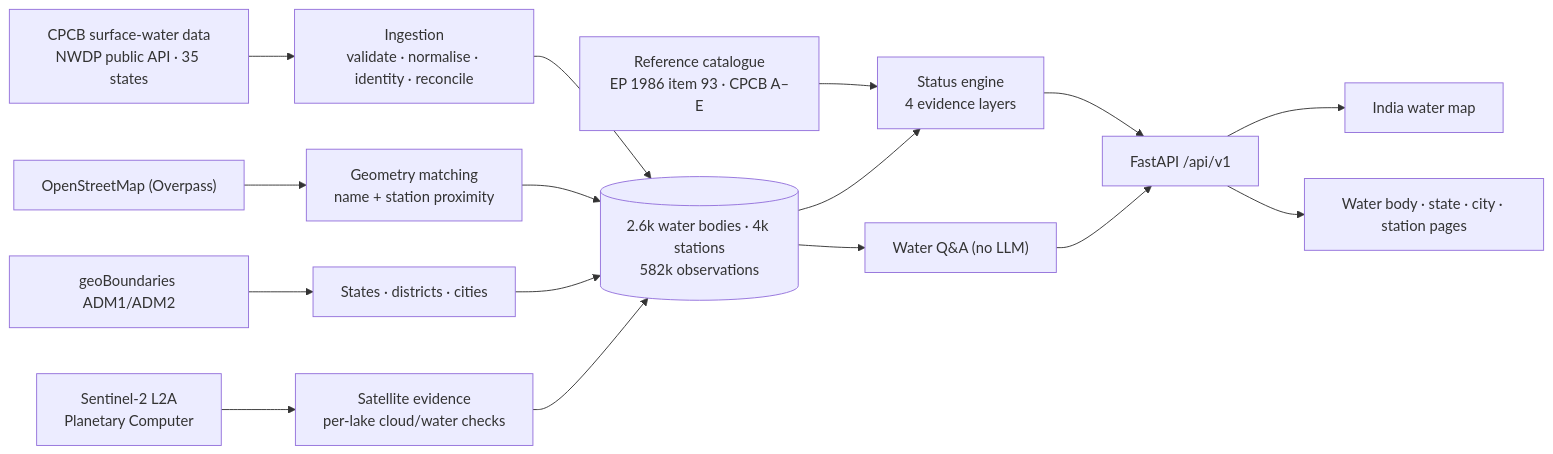
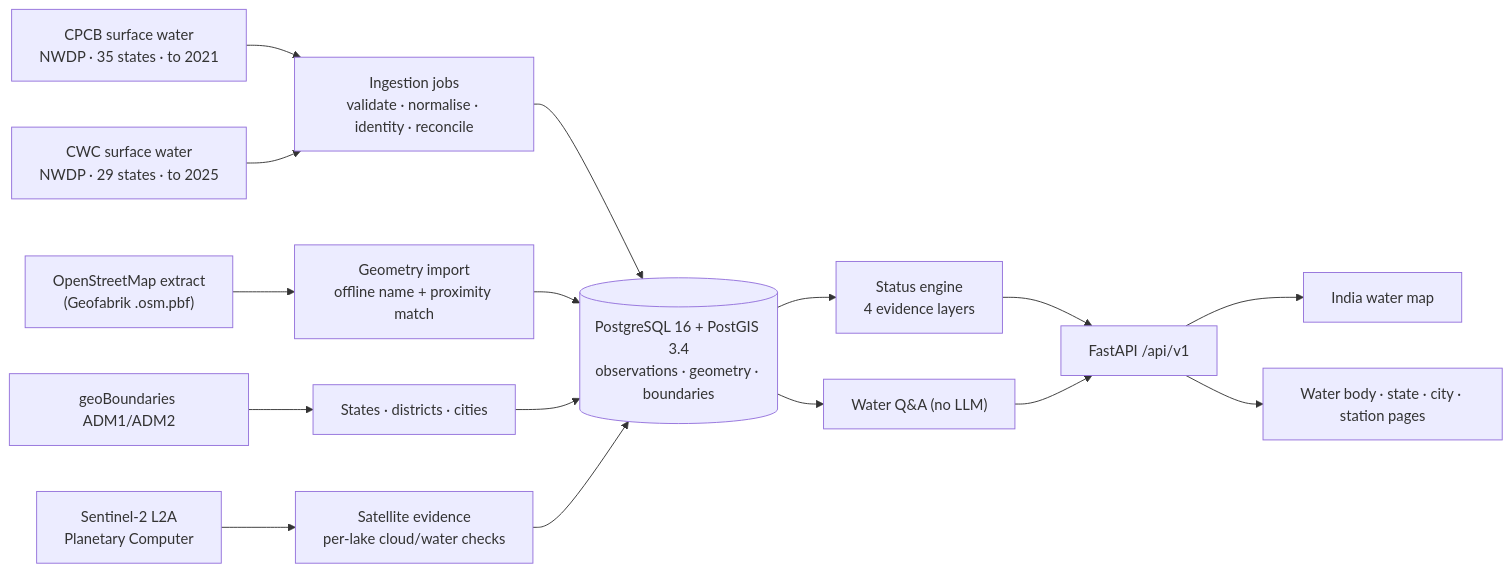
Before and after one commit to shaileshpawar-dev/ocean-intelligence-platform: the first of 3 diagrams in README.md, drawn with Mermaid. The commit also changed other lines of this file and 1 other file, not shown here.

````diff
--- a/README.md
+++ b/README.md
@@ -62,16 +62,16 @@
 ```mermaid
 flowchart LR
-    SRC["CPCB surface-water data<br/>NWDP public API · 35 states"] --> ING["Ingestion<br/>validate · normalise · identity · reconcile"]
-    ING --> DB[("2.6k water bodies · 4k stations<br/>582k observations")]
-    OSM["OpenStreetMap (Overpass)"] --> GEO["Geometry matching<br/>name + station proximity"]
+    CPCB["CPCB surface water<br/>NWDP · 35 states · to 2021"] --> ING["Ingestion jobs<br/>validate · normalise · identity · reconcile"]
+    CWC["CWC surface water<br/>NWDP · 29 states · to 2025"] --> ING
+    OSM["OpenStreetMap extract<br/>(Geofabrik .osm.pbf)"] --> GEO["Geometry import<br/>offline name + proximity match"]
     GB["geoBoundaries ADM1/ADM2"] --> BND["States · districts · cities"]
     S2["Sentinel-2 L2A<br/>Planetary Computer"] --> SAT["Satellite evidence<br/>per-lake cloud/water checks"]
-    STD["Reference catalogue<br/>EP 1986 item 93 · CPCB A–E"] --> ENG["Status engine<br/>4 evidence layers"]
+    ING --> DB[("PostgreSQL 16 + PostGIS 3.4<br/>observations · geometry · boundaries")]
     GEO --> DB
     BND --> DB
     SAT --> DB
-    DB --> ENG --> API["FastAPI /api/v1"]
+    DB --> ENG["Status engine<br/>4 evidence layers"] --> API["FastAPI /api/v1"]
     DB --> QA["Water Q&A (no LLM)"] --> API
     API --> MAP["India water map"]
     API --> PAGES["Water body · state · city · station pages"]
 ```
````
